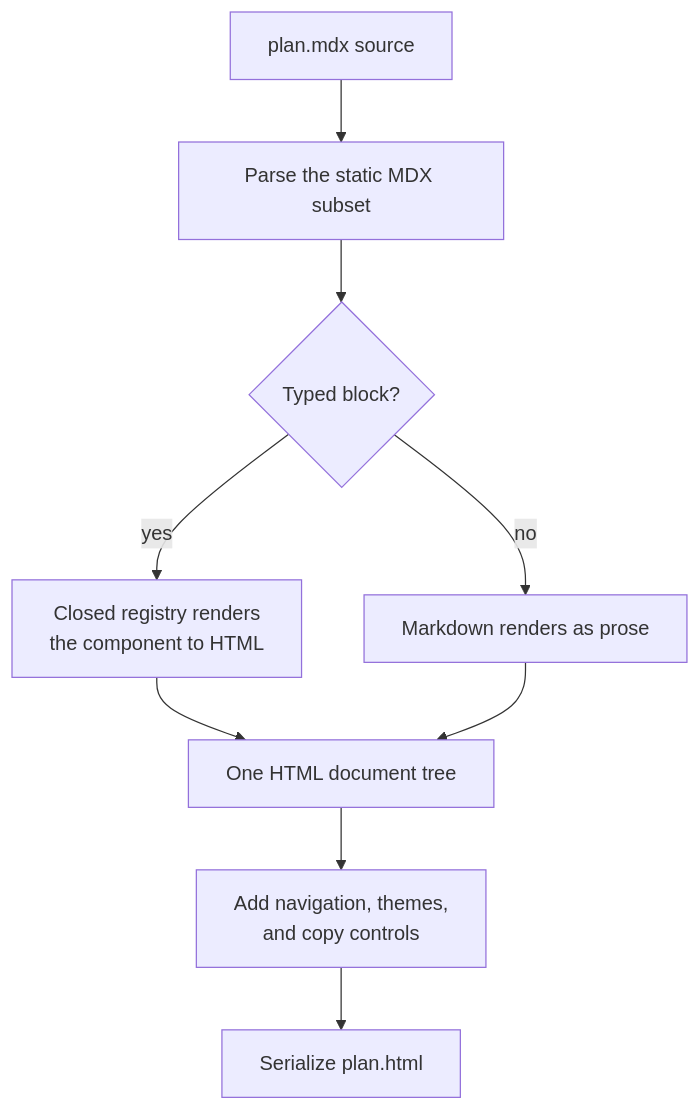
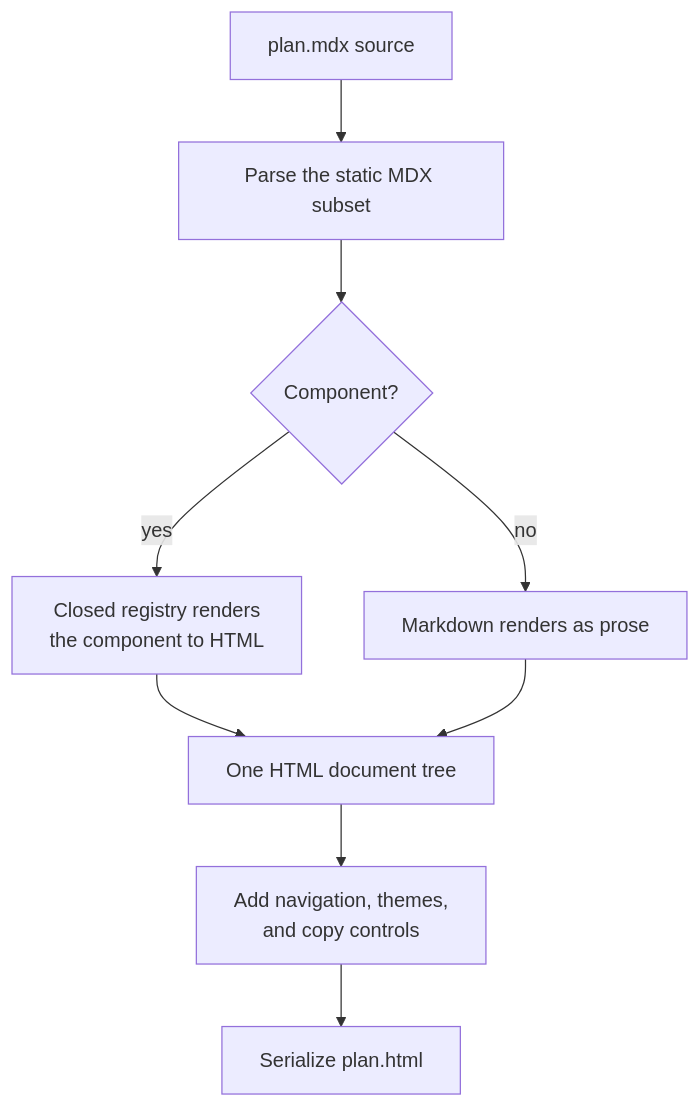
One commit to josh-padnick/big-plan changed the second of 2 diagrams in docs/src/content/docs/architecture.md. Above: the diagram before and after it, drawn with Mermaid. The commit also changed other lines of this file and 48 other files, not shown here.

````diff
--- a/docs/src/content/docs/architecture.md
+++ b/docs/src/content/docs/architecture.md
@@ -31,11 +31,11 @@
 ```mermaid
 flowchart TB
   S["plan.mdx source"] --> P["Parse the static MDX subset"]
-  P --> Q{"Typed block?"}
+  P --> Q{"Component?"}
   Q -- "yes" --> R["Closed registry renders<br/>the component to HTML"]
   Q -- "no" --> M["Markdown renders as prose"]
   R --> H["One HTML document tree"]
   M --> H
   H --> T["Add navigation, themes,<br/>and copy controls"]
   T --> O["Serialize plan.html"]
 ```
````
